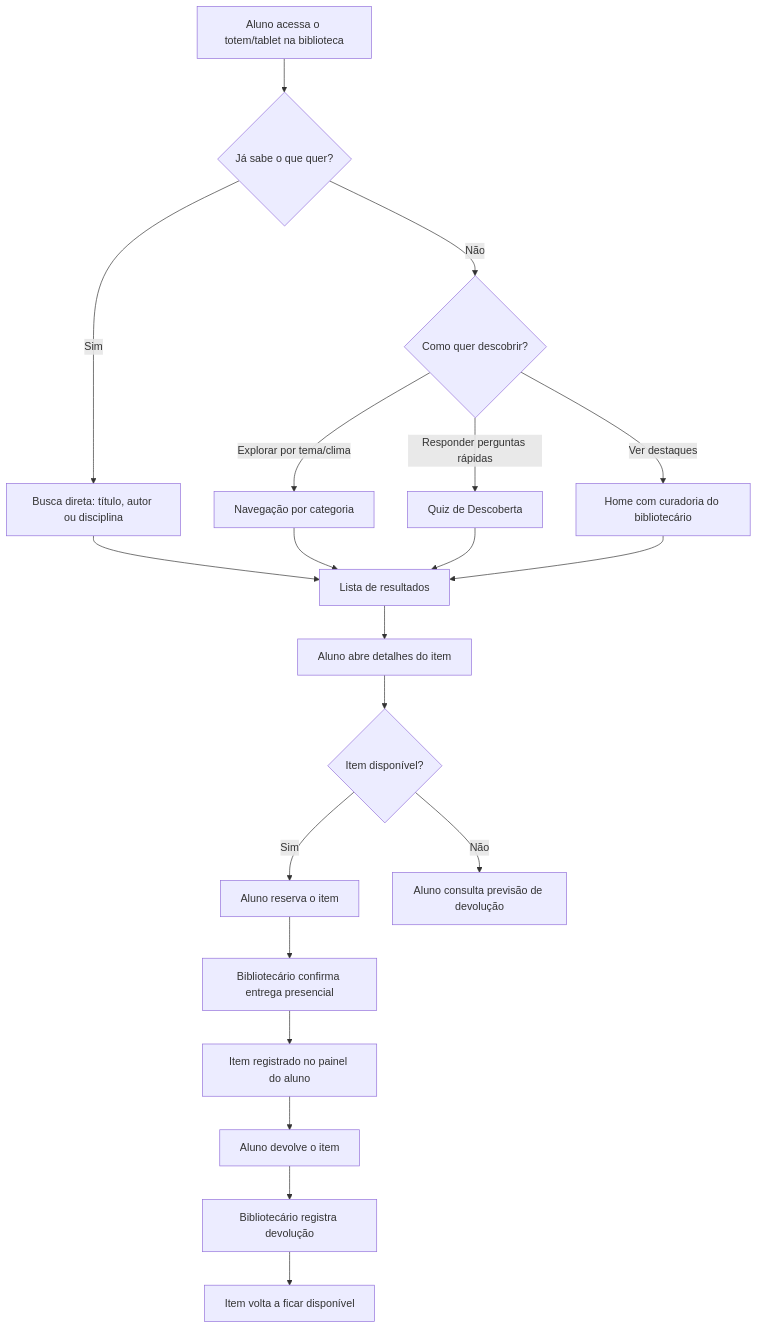
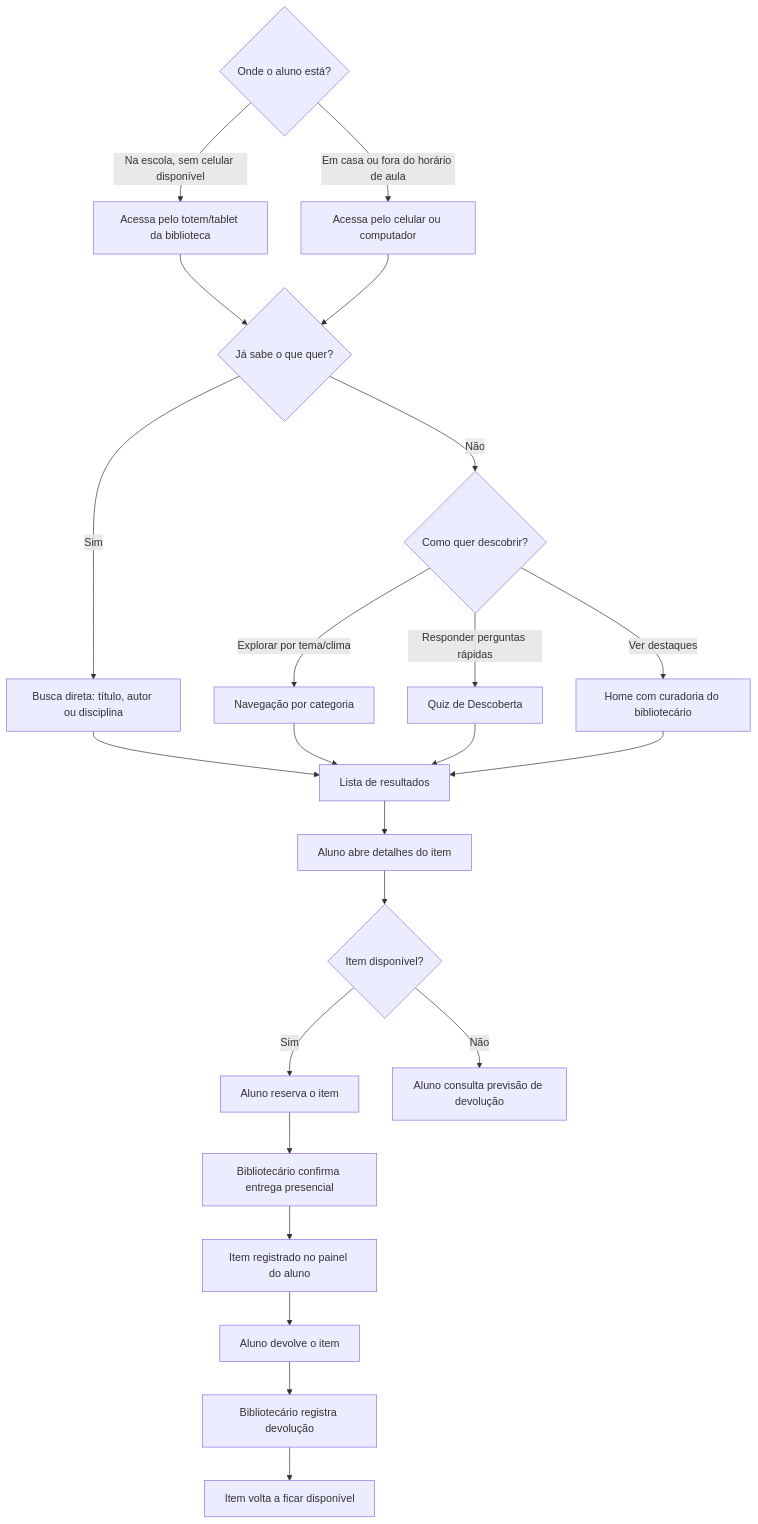
One commit to vitorhugoct24-wq/Projeto_Integrador_II changed the first of 3 diagrams in docs/ARQUITETURA.md. Above: the diagram before and after it, drawn with Mermaid. The commit also changed other lines of this file, not shown here.

````diff
--- a/docs/ARQUITETURA.md
+++ b/docs/ARQUITETURA.md
@@ -11,22 +11,26 @@
 ```mermaid
 flowchart TD
-    A[Aluno acessa o totem/tablet na biblioteca] --> B{Já sabe o que quer?}
+    A0{Onde o aluno está?}
+    A0 -- Na escola, sem celular disponível --> A1[Acessa pelo totem/tablet da biblioteca]
+    A0 -- Em casa ou fora do horário de aula --> A2[Acessa pelo celular ou computador]
+    A1 --> B{Já sabe o que quer?}
+    A2 --> B
     B -- Sim --> C[Busca direta: título, autor ou disciplina]
     B -- Não --> D{Como quer descobrir?}
     D -- Explorar por tema/clima --> E[Navegação por categoria]
     D -- Responder perguntas rápidas --> F[Quiz de Descoberta]
     D -- Ver destaques --> G[Home com curadoria do bibliotecário]
     C --> H[Lista de resultados]
     E --> H
     F --> H
     G --> H
     H --> I[Aluno abre detalhes do item]
     I --> J{Item disponível?}
     J -- Sim --> K[Aluno reserva o item]
     J -- Não --> L[Aluno consulta previsão de devolução]
     K --> M[Bibliotecário confirma entrega presencial]
     M --> N[Item registrado no painel do aluno]
     N --> O[Aluno devolve o item]
     O --> P[Bibliotecário registra devolução]
     P --> Q[Item volta a ficar disponível]
 ```
````
